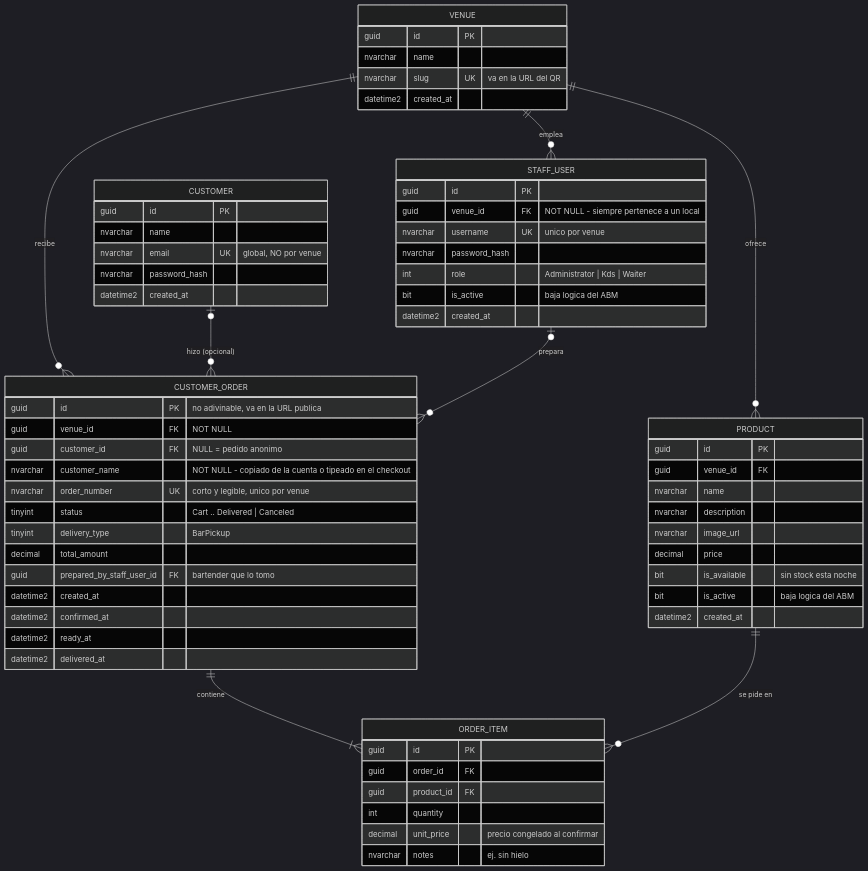
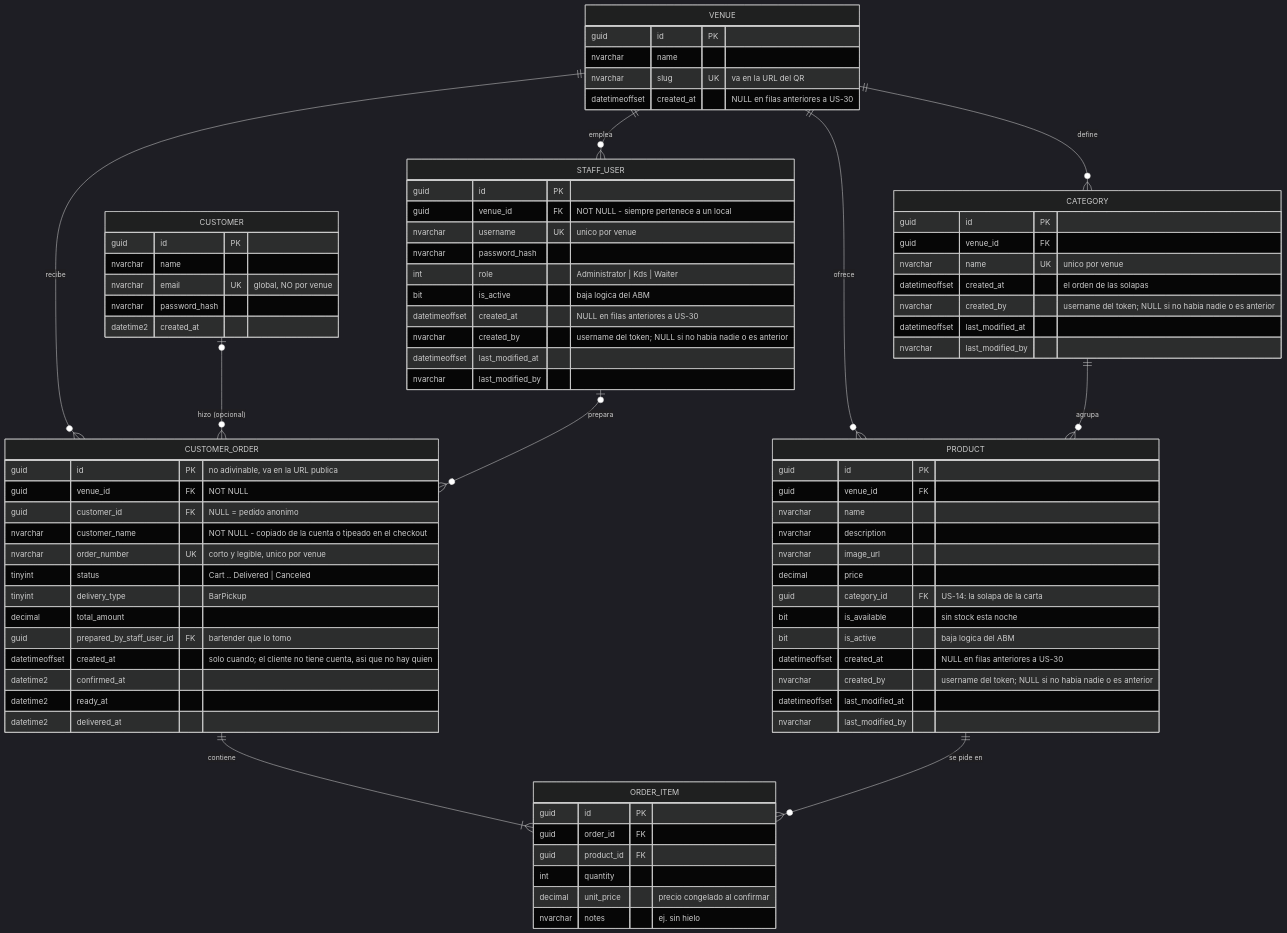
Before and after one commit to uca-argentina/pid-2026-littlehorse: the first of 2 diagrams in docs/modelo-de-datos.md, drawn with Mermaid (dark theme). The commit also changed other lines of this file and 63 other files, not shown here.

```diff
--- a/docs/modelo-de-datos.md
+++ b/docs/modelo-de-datos.md
@@ -9,6 +9,8 @@
 erDiagram
     VENUE ||--o{ STAFF_USER : emplea
     VENUE ||--o{ PRODUCT : ofrece
+    VENUE ||--o{ CATEGORY : define
+    CATEGORY ||--o{ PRODUCT : agrupa
     VENUE ||--o{ CUSTOMER_ORDER : recibe
     CUSTOMER |o--o{ CUSTOMER_ORDER : "hizo (opcional)"
     STAFF_USER |o--o{ CUSTOMER_ORDER : prepara
@@ -19,7 +21,7 @@
         guid id PK
         nvarchar name
         nvarchar slug UK "va en la URL del QR"
-        datetime2 created_at
+        datetimeoffset created_at "NULL en filas anteriores a US-30"
     }
 
     STAFF_USER {
@@ -29,7 +31,10 @@
         nvarchar password_hash
         int role "Administrator | Kds | Waiter"
         bit is_active "baja logica del ABM"
-        datetime2 created_at
+        datetimeoffset created_at "NULL en filas anteriores a US-30"
+        nvarchar created_by "username del token; NULL si no habia nadie o es anterior"
+        datetimeoffset last_modified_at
+        nvarchar last_modified_by
     }
 
     CUSTOMER {
@@ -47,9 +52,23 @@
         nvarchar description
         nvarchar image_url
         decimal price
+        guid category_id FK "US-14: la solapa de la carta"
         bit is_available "sin stock esta noche"
         bit is_active "baja logica del ABM"
-        datetime2 created_at
+        datetimeoffset created_at "NULL en filas anteriores a US-30"
+        nvarchar created_by "username del token; NULL si no habia nadie o es anterior"
+        datetimeoffset last_modified_at
+        nvarchar last_modified_by
+    }
+
+    CATEGORY {
+        guid id PK
+        guid venue_id FK
+        nvarchar name UK "unico por venue"
+        datetimeoffset created_at "el orden de las solapas"
+        nvarchar created_by "username del token; NULL si no habia nadie o es anterior"
+        datetimeoffset last_modified_at
+        nvarchar last_modified_by
     }
 
     CUSTOMER_ORDER {
@@ -62,7 +81,7 @@
         tinyint delivery_type "BarPickup"
         decimal total_amount
         guid prepared_by_staff_user_id FK "bartender que lo tomo"
-        datetime2 created_at
+        datetimeoffset created_at "solo cuando; el cliente no tiene cuenta, asi que no hay quien"
         datetime2 confirmed_at
         datetime2 ready_at
         datetime2 delivered_at
```
